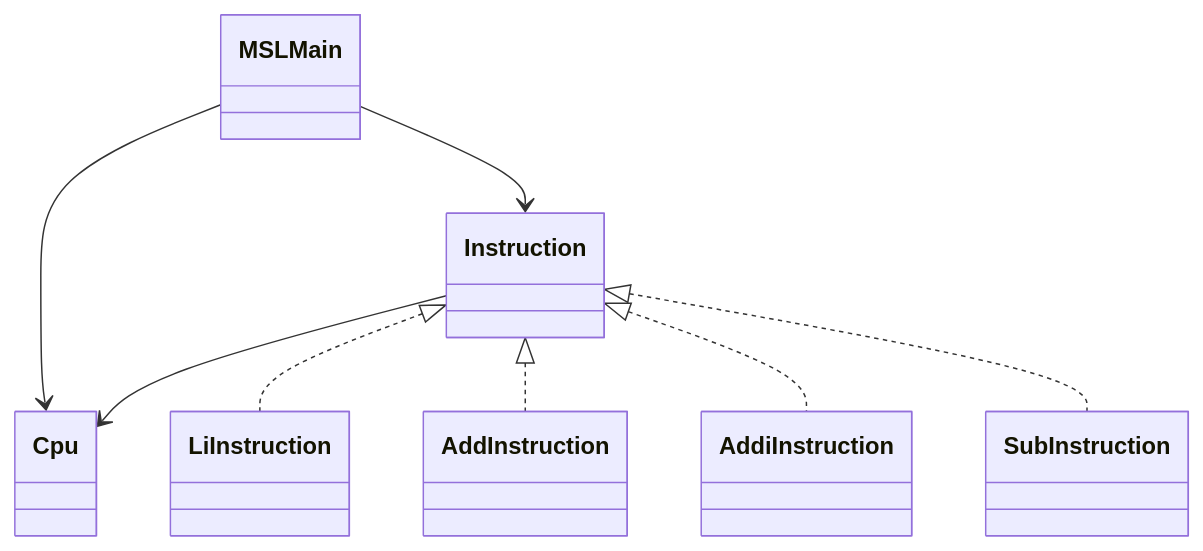
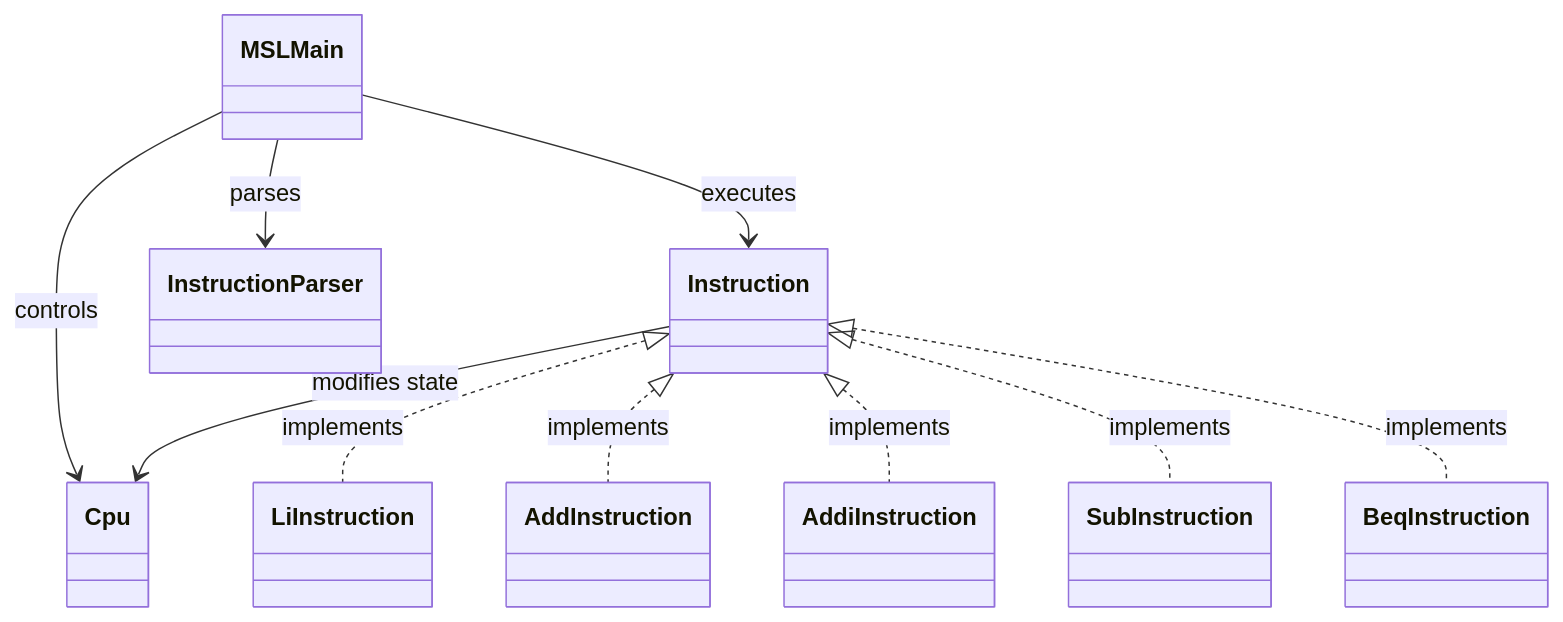
Before and after one commit to mkunori/MipsStepLab: the diagram in README.md, drawn with Mermaid. The commit also changed other lines of this file, not shown here.

````diff
--- a/README.md
+++ b/README.md
@@ -51,19 +74,23 @@
 ```mermaid
 classDiagram
   class MSLMain
   class Cpu
   class Instruction
   class LiInstruction
   class AddInstruction
   class AddiInstruction
   class SubInstruction
+  class BeqInstruction
 
-  Instruction <|.. LiInstruction
-  Instruction <|.. AddInstruction
-  Instruction <|.. AddiInstruction
-  Instruction <|.. SubInstruction
+  Instruction <|.. LiInstruction : implements
+  Instruction <|.. AddInstruction : implements
+  Instruction <|.. AddiInstruction : implements
+  Instruction <|.. SubInstruction : implements
+  Instruction <|.. BeqInstruction : implements
 
-  MSLMain --> Cpu
-  MSLMain --> Instruction
-  Instruction --> Cpu
+  MSLMain --> InstructionParser : parses
+  MSLMain --> Cpu : controls
+  MSLMain --> Instruction : executes
+
+  Instruction --> Cpu : modifies state
 ```
````
